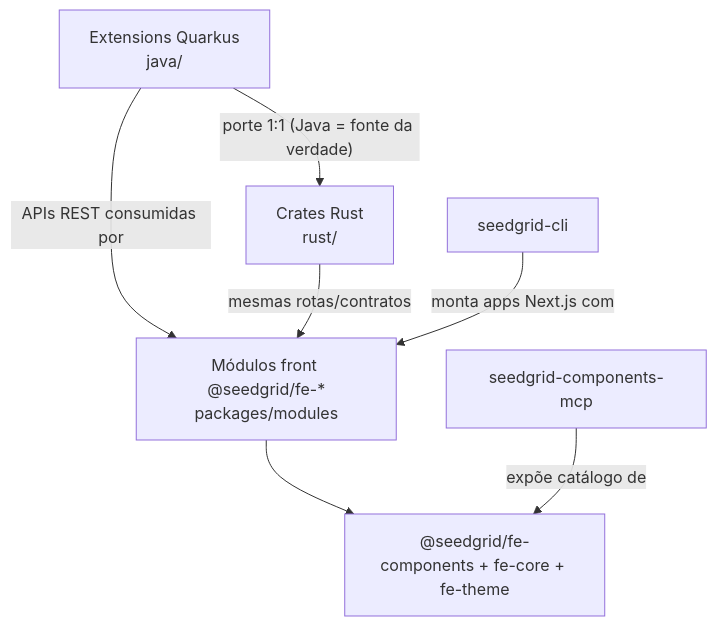
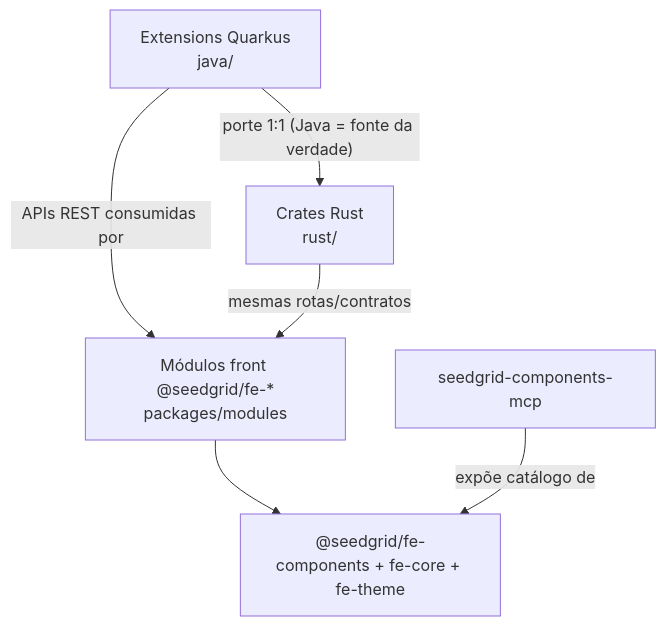
Before and after one commit to SeedGrid/seedgrid-ai: the second of 2 diagrams in seedgridKB/SeedGrid/Mapa-dos-repositorios.md, drawn with Mermaid. The commit also changed other lines of this file and 2 other files, not shown here.

Commit message:
KB de host: seedgrid-cli abandonado sai do mapa, do indice de extensions e do fe-core

````diff
--- a/seedgridKB/SeedGrid/Mapa-dos-repositorios.md
+++ b/seedgridKB/SeedGrid/Mapa-dos-repositorios.md
@@ -126,9 +127,8 @@
 ```mermaid
 graph TD
   J["Extensions Quarkus<br/>java/"] -- "porte 1:1 (Java = fonte da verdade)" --> R["Crates Rust<br/>rust/"]
   J -- "APIs REST consumidas por" --> M["Módulos front @seedgrid/fe-*<br/>packages/modules"]
   R -- "mesmas rotas/contratos" --> M
   M --> C["@seedgrid/fe-components + fe-core + fe-theme"]
-  CLI["seedgrid-cli"] -- "monta apps Next.js com" --> M
   MCP["seedgrid-components-mcp"] -- "expõe catálogo de" --> C
 ```
````
